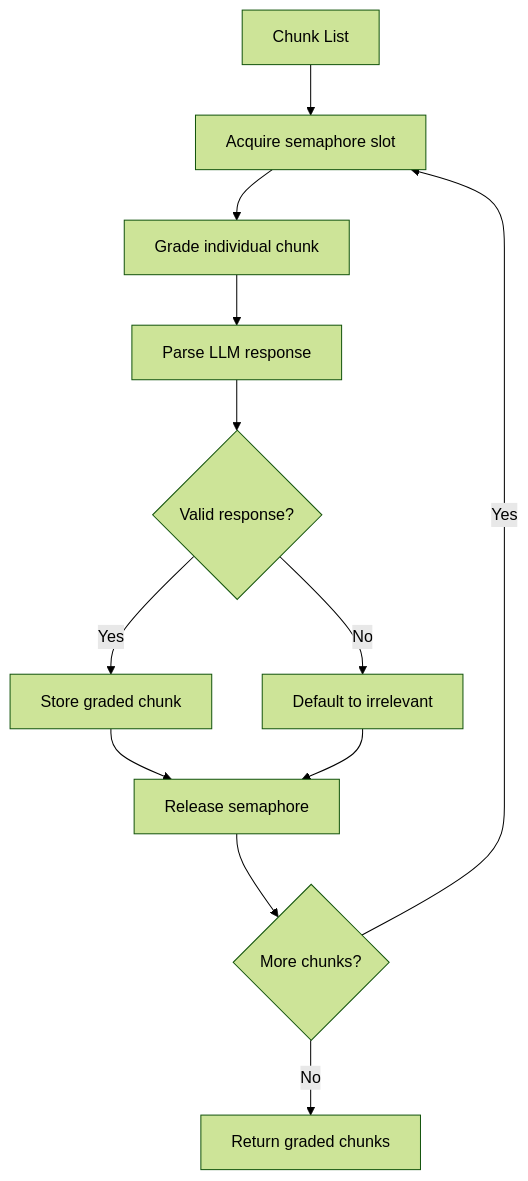
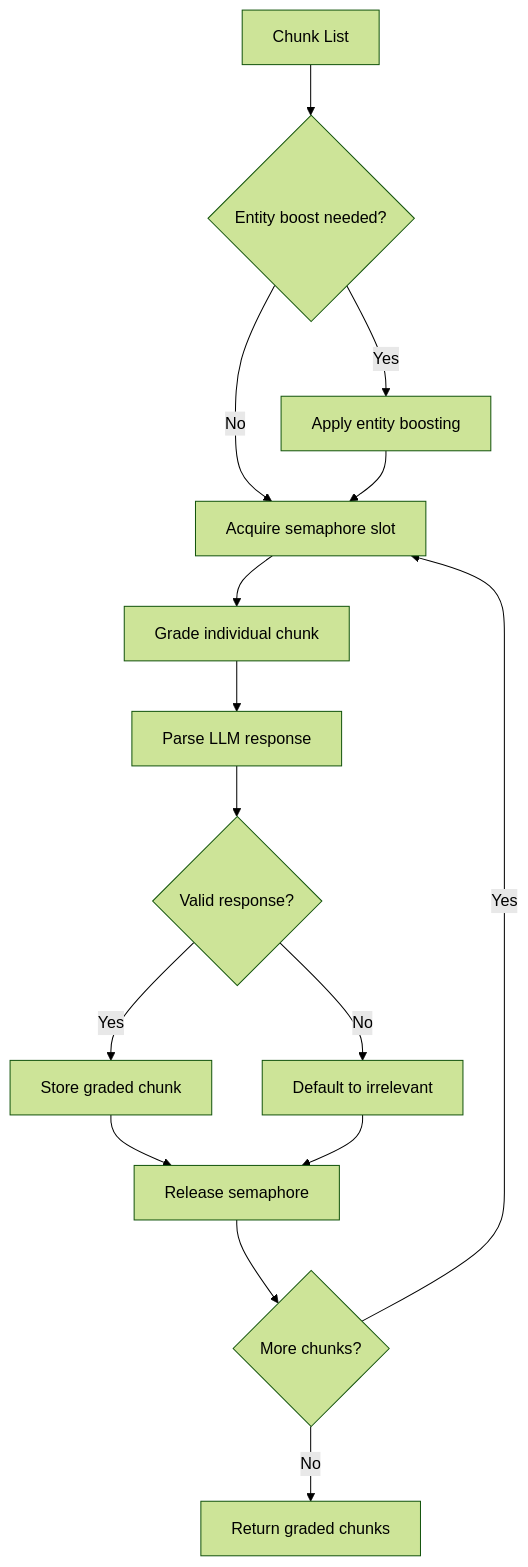
Before and after one commit to genes8/private-ai: the sixth of 12 diagrams in .qoder/repowiki/en/content/AI Agent Pipeline/AI Agent Pipeline.md, drawn with Mermaid (forest theme). The commit also changed other lines of this file and 31 other files, not shown here.

````diff
--- a/.qoder/repowiki/en/content/AI Agent Pipeline/AI Agent Pipeline.md
+++ b/.qoder/repowiki/en/content/AI Agent Pipeline/AI Agent Pipeline.md
@@ -293,14 +306,17 @@
 ```mermaid
 flowchart TD
-Input["Chunk List"] --> Semaphore["Acquire semaphore slot"]
+Input["Chunk List"] --> Boost{"Entity boost needed?"}
+Boost --> |Yes| EntityBoost["Apply entity boosting"]
+Boost --> |No| Semaphore["Acquire semaphore slot"]
+EntityBoost --> Semaphore
 Semaphore --> Grade["Grade individual chunk"]
 Grade --> Parse["Parse LLM response"]
 Parse --> Validate{"Valid response?"}
 Validate --> |Yes| Store["Store graded chunk"]
 Validate --> |No| Default["Default to irrelevant"]
 Store --> Release["Release semaphore"]
 Default --> Release
 Release --> Next{"More chunks?"}
 Next --> |Yes| Semaphore
 Next --> |No| Output["Return graded chunks"]
 ```
````
